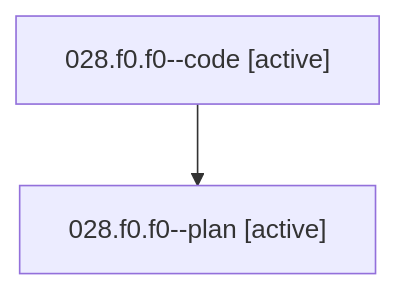
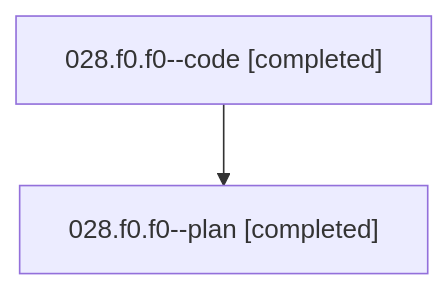
One commit to bobs-org/bob-cli--agents changed the diagram in families/bbugyi200.athena.028.f0.f0.md. Above: the diagram before and after it, drawn with Mermaid. The commit also changed other lines of this file and 53 other files, not shown here.

````diff
--- a/families/bbugyi200.athena.028.f0.f0.md
+++ b/families/bbugyi200.athena.028.f0.f0.md
@@ -9,6 +9,6 @@
 ```mermaid
 flowchart TD
-  n0["028.f0.f0--code [active]"]
-  n1["028.f0.f0--plan [active]"]
+  n0["028.f0.f0--code [completed]"]
+  n1["028.f0.f0--plan [completed]"]
   n0 --> n1
 ```
````
